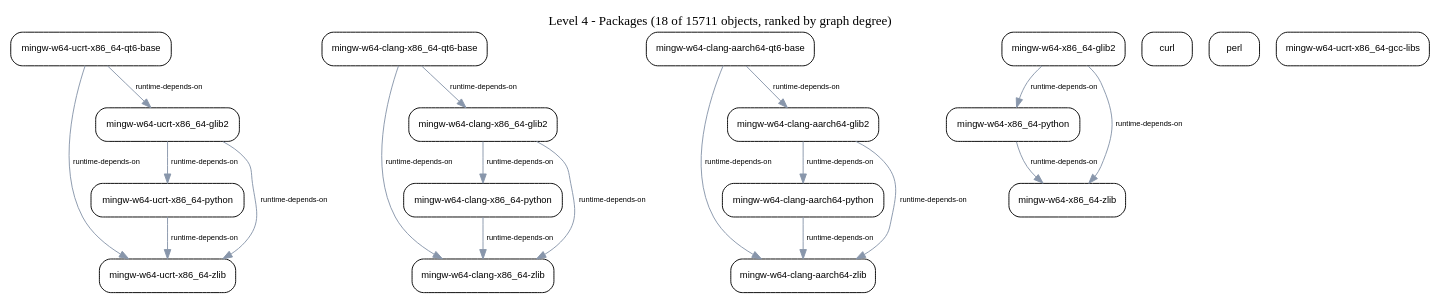
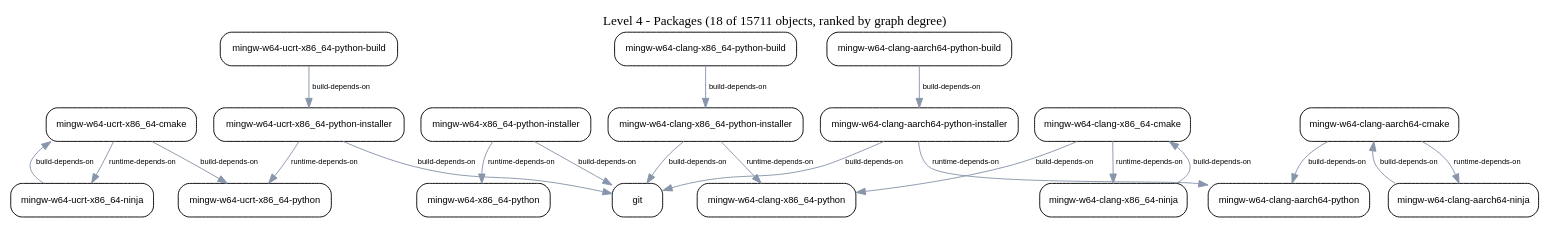
The diagram in diagrams/level-4.dot (baileyrd/AKB), drawn with Graphviz before and after one commit. The commit also changed 24 other files, not shown here.

```diff
--- a/diagrams/level-4.dot
+++ b/diagrams/level-4.dot
@@ -1,44 +1,46 @@
 // Generated from the composed model by tools/build_diagrams.py - do not edit by hand.
 digraph level_4 {
   rankdir=TB;
   node [shape=box style=rounded fontname="sans-serif" fontsize=10];
   edge [fontname="sans-serif" fontsize=8 color="#8896ab"];
   label="Level 4 - Packages (18 of 15711 objects, ranked by graph degree)";
   labelloc=t;
   n0 [label="mingw-w64-ucrt-x86_64-python" tooltip="package:msys2:mingw-w64-ucrt-x86_64-python" URL="../generated/explorer/index.html#/object/package%3Amsys2%3Amingw-w64-ucrt-x86_64-python"];
   n1 [label="mingw-w64-clang-x86_64-python" tooltip="package:msys2:mingw-w64-clang-x86_64-python" URL="../generated/explorer/index.html#/object/package%3Amsys2%3Amingw-w64-clang-x86_64-python"];
   n2 [label="mingw-w64-clang-aarch64-python" tooltip="package:msys2:mingw-w64-clang-aarch64-python" URL="../generated/explorer/index.html#/object/package%3Amsys2%3Amingw-w64-clang-aarch64-python"];
-  n3 [label="mingw-w64-x86_64-python" tooltip="package:msys2:mingw-w64-x86_64-python" URL="../generated/explorer/index.html#/object/package%3Amsys2%3Amingw-w64-x86_64-python"];
-  n4 [label="curl" tooltip="package:msys2:curl" URL="../generated/explorer/index.html#/object/package%3Amsys2%3Acurl"];
-  n5 [label="mingw-w64-ucrt-x86_64-zlib" tooltip="package:msys2:mingw-w64-ucrt-x86_64-zlib" URL="../generated/explorer/index.html#/object/package%3Amsys2%3Amingw-w64-ucrt-x86_64-zlib"];
-  n6 [label="mingw-w64-clang-x86_64-zlib" tooltip="package:msys2:mingw-w64-clang-x86_64-zlib" URL="../generated/explorer/index.html#/object/package%3Amsys2%3Amingw-w64-clang-x86_64-zlib"];
-  n7 [label="mingw-w64-clang-aarch64-zlib" tooltip="package:msys2:mingw-w64-clang-aarch64-zlib" URL="../generated/explorer/index.html#/object/package%3Amsys2%3Amingw-w64-clang-aarch64-zlib"];
-  n8 [label="mingw-w64-x86_64-zlib" tooltip="package:msys2:mingw-w64-x86_64-zlib" URL="../generated/explorer/index.html#/object/package%3Amsys2%3Amingw-w64-x86_64-zlib"];
-  n9 [label="mingw-w64-ucrt-x86_64-qt6-base" tooltip="package:msys2:mingw-w64-ucrt-x86_64-qt6-base" URL="../generated/explorer/index.html#/object/package%3Amsys2%3Amingw-w64-ucrt-x86_64-qt6-base"];
-  n10 [label="mingw-w64-clang-aarch64-qt6-base" tooltip="package:msys2:mingw-w64-clang-aarch64-qt6-base" URL="../generated/explorer/index.html#/object/package%3Amsys2%3Amingw-w64-clang-aarch64-qt6-base"];
-  n11 [label="mingw-w64-clang-x86_64-qt6-base" tooltip="package:msys2:mingw-w64-clang-x86_64-qt6-base" URL="../generated/explorer/index.html#/object/package%3Amsys2%3Amingw-w64-clang-x86_64-qt6-base"];
-  n12 [label="perl" tooltip="package:msys2:perl" URL="../generated/explorer/index.html#/object/package%3Amsys2%3Aperl"];
-  n13 [label="mingw-w64-ucrt-x86_64-glib2" tooltip="package:msys2:mingw-w64-ucrt-x86_64-glib2" URL="../generated/explorer/index.html#/object/package%3Amsys2%3Amingw-w64-ucrt-x86_64-glib2"];
-  n14 [label="mingw-w64-clang-aarch64-glib2" tooltip="package:msys2:mingw-w64-clang-aarch64-glib2" URL="../generated/explorer/index.html#/object/package%3Amsys2%3Amingw-w64-clang-aarch64-glib2"];
-  n15 [label="mingw-w64-clang-x86_64-glib2" tooltip="package:msys2:mingw-w64-clang-x86_64-glib2" URL="../generated/explorer/index.html#/object/package%3Amsys2%3Amingw-w64-clang-x86_64-glib2"];
-  n16 [label="mingw-w64-x86_64-glib2" tooltip="package:msys2:mingw-w64-x86_64-glib2" URL="../generated/explorer/index.html#/object/package%3Amsys2%3Amingw-w64-x86_64-glib2"];
-  n17 [label="mingw-w64-ucrt-x86_64-gcc-libs" tooltip="package:msys2:mingw-w64-ucrt-x86_64-gcc-libs" URL="../generated/explorer/index.html#/object/package%3Amsys2%3Amingw-w64-ucrt-x86_64-gcc-libs"];
-  n13 -> n0 [label="runtime-depends-on"];
-  n13 -> n5 [label="runtime-depends-on"];
-  n0 -> n5 [label="runtime-depends-on"];
-  n9 -> n13 [label="runtime-depends-on"];
-  n9 -> n5 [label="runtime-depends-on"];
-  n15 -> n1 [label="runtime-depends-on"];
-  n15 -> n6 [label="runtime-depends-on"];
-  n1 -> n6 [label="runtime-depends-on"];
-  n11 -> n15 [label="runtime-depends-on"];
-  n11 -> n6 [label="runtime-depends-on"];
+  n3 [label="mingw-w64-ucrt-x86_64-ninja" tooltip="package:msys2:mingw-w64-ucrt-x86_64-ninja" URL="../generated/explorer/index.html#/object/package%3Amsys2%3Amingw-w64-ucrt-x86_64-ninja"];
+  n4 [label="mingw-w64-clang-x86_64-ninja" tooltip="package:msys2:mingw-w64-clang-x86_64-ninja" URL="../generated/explorer/index.html#/object/package%3Amsys2%3Amingw-w64-clang-x86_64-ninja"];
+  n5 [label="mingw-w64-x86_64-python" tooltip="package:msys2:mingw-w64-x86_64-python" URL="../generated/explorer/index.html#/object/package%3Amsys2%3Amingw-w64-x86_64-python"];
+  n6 [label="mingw-w64-clang-aarch64-ninja" tooltip="package:msys2:mingw-w64-clang-aarch64-ninja" URL="../generated/explorer/index.html#/object/package%3Amsys2%3Amingw-w64-clang-aarch64-ninja"];
+  n7 [label="mingw-w64-ucrt-x86_64-cmake" tooltip="package:msys2:mingw-w64-ucrt-x86_64-cmake" URL="../generated/explorer/index.html#/object/package%3Amsys2%3Amingw-w64-ucrt-x86_64-cmake"];
+  n8 [label="mingw-w64-clang-x86_64-cmake" tooltip="package:msys2:mingw-w64-clang-x86_64-cmake" URL="../generated/explorer/index.html#/object/package%3Amsys2%3Amingw-w64-clang-x86_64-cmake"];
+  n9 [label="git" tooltip="package:msys2:git" URL="../generated/explorer/index.html#/object/package%3Amsys2%3Agit"];
+  n10 [label="mingw-w64-clang-aarch64-cmake" tooltip="package:msys2:mingw-w64-clang-aarch64-cmake" URL="../generated/explorer/index.html#/object/package%3Amsys2%3Amingw-w64-clang-aarch64-cmake"];
+  n11 [label="mingw-w64-ucrt-x86_64-python-installer" tooltip="package:msys2:mingw-w64-ucrt-x86_64-python-installer" URL="../generated/explorer/index.html#/object/package%3Amsys2%3Amingw-w64-ucrt-x86_64-python-installer"];
+  n12 [label="mingw-w64-clang-x86_64-python-installer" tooltip="package:msys2:mingw-w64-clang-x86_64-python-installer" URL="../generated/explorer/index.html#/object/package%3Amsys2%3Amingw-w64-clang-x86_64-python-installer"];
+  n13 [label="mingw-w64-ucrt-x86_64-python-build" tooltip="package:msys2:mingw-w64-ucrt-x86_64-python-build" URL="../generated/explorer/index.html#/object/package%3Amsys2%3Amingw-w64-ucrt-x86_64-python-build"];
+  n14 [label="mingw-w64-clang-aarch64-python-installer" tooltip="package:msys2:mingw-w64-clang-aarch64-python-installer" URL="../generated/explorer/index.html#/object/package%3Amsys2%3Amingw-w64-clang-aarch64-python-installer"];
+  n15 [label="mingw-w64-clang-x86_64-python-build" tooltip="package:msys2:mingw-w64-clang-x86_64-python-build" URL="../generated/explorer/index.html#/object/package%3Amsys2%3Amingw-w64-clang-x86_64-python-build"];
+  n16 [label="mingw-w64-clang-aarch64-python-build" tooltip="package:msys2:mingw-w64-clang-aarch64-python-build" URL="../generated/explorer/index.html#/object/package%3Amsys2%3Amingw-w64-clang-aarch64-python-build"];
+  n17 [label="mingw-w64-x86_64-python-installer" tooltip="package:msys2:mingw-w64-x86_64-python-installer" URL="../generated/explorer/index.html#/object/package%3Amsys2%3Amingw-w64-x86_64-python-installer"];
+  n7 -> n3 [label="runtime-depends-on"];
+  n11 -> n0 [label="runtime-depends-on"];
+  n8 -> n4 [label="runtime-depends-on"];
+  n12 -> n1 [label="runtime-depends-on"];
+  n10 -> n6 [label="runtime-depends-on"];
   n14 -> n2 [label="runtime-depends-on"];
-  n14 -> n7 [label="runtime-depends-on"];
-  n2 -> n7 [label="runtime-depends-on"];
-  n10 -> n14 [label="runtime-depends-on"];
-  n10 -> n7 [label="runtime-depends-on"];
-  n16 -> n3 [label="runtime-depends-on"];
-  n16 -> n8 [label="runtime-depends-on"];
-  n3 -> n8 [label="runtime-depends-on"];
+  n17 -> n5 [label="runtime-depends-on"];
+  n10 -> n2 [label="build-depends-on"];
+  n6 -> n10 [label="build-depends-on"];
+  n16 -> n14 [label="build-depends-on"];
+  n14 -> n9 [label="build-depends-on"];
+  n8 -> n1 [label="build-depends-on"];
+  n4 -> n8 [label="build-depends-on"];
+  n15 -> n12 [label="build-depends-on"];
+  n12 -> n9 [label="build-depends-on"];
+  n7 -> n0 [label="build-depends-on"];
+  n3 -> n7 [label="build-depends-on"];
+  n13 -> n11 [label="build-depends-on"];
+  n11 -> n9 [label="build-depends-on"];
+  n17 -> n9 [label="build-depends-on"];
 }
```
